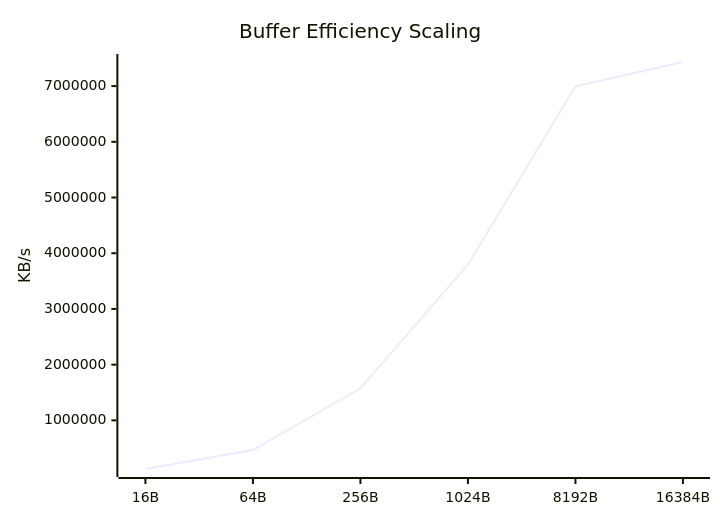
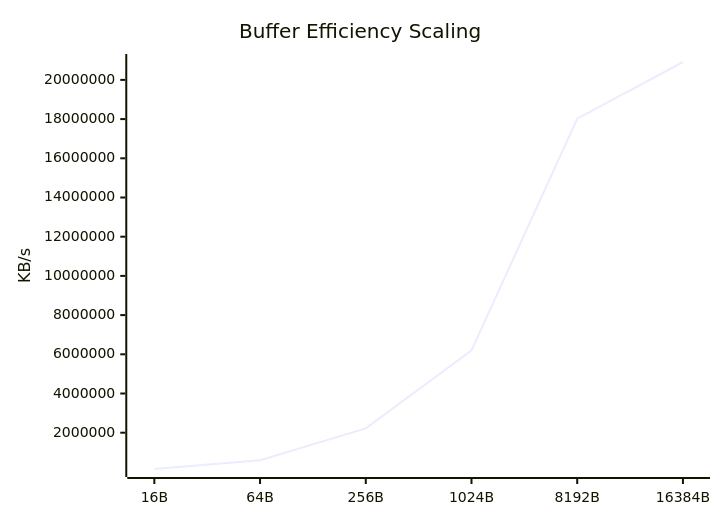
One commit to taha2samy/openssl_fips changed the fifth of 9 diagrams in docs/Comparison_Report.md. Above: the diagram before and after it, drawn with Mermaid. The commit also changed other lines of this file and 3 other files, not shown here.

````diff
--- a/docs/Comparison_Report.md
+++ b/docs/Comparison_Report.md
@@ -94,7 +94,7 @@
 ```mermaid
 xychart-beta
     title "Buffer Efficiency Scaling"
     x-axis [16B, 64B, 256B, 1024B, 8192B, 16384B]
     y-axis "KB/s"
-    line [127110.06, 466541.38, 1576355.46, 3794056.19, 6996049.92, 7432372.22]
+    line [148106.86, 593503.36, 2218283.14, 6198102.02, 18019057.66, 20912865.28]
 ```
````
